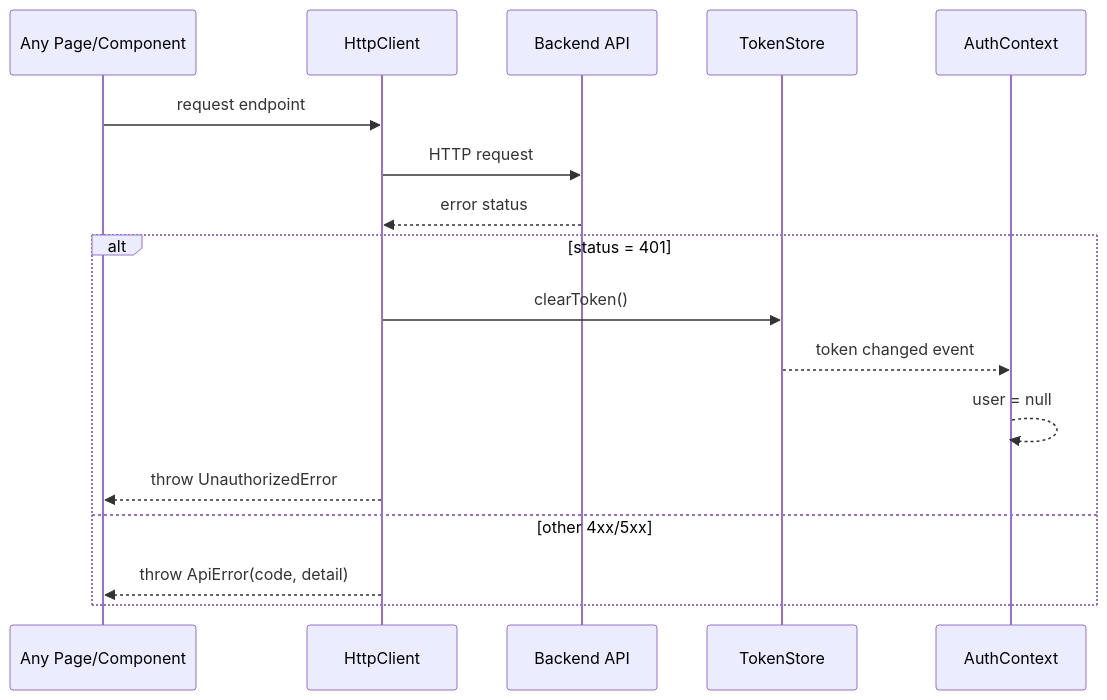
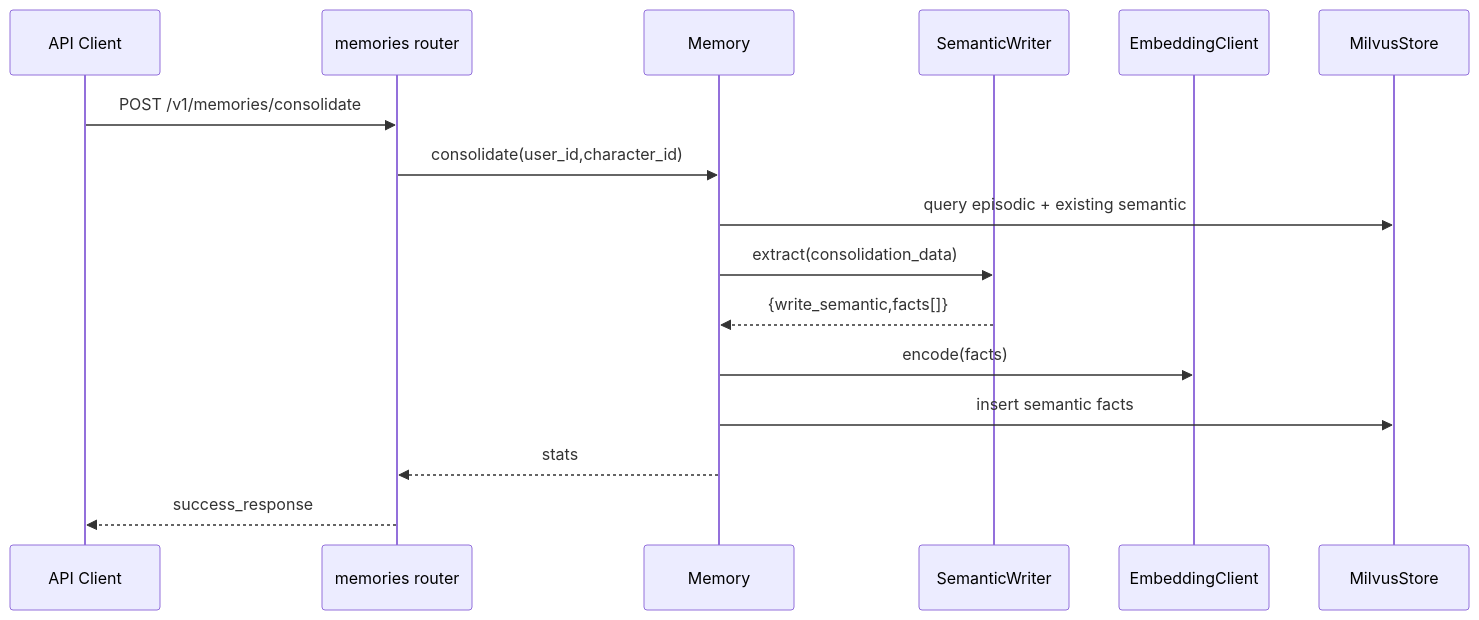
Diagram 12 of 13 in .agent/project.md (ChasePassion/role-playing), drawn with Mermaid before and after one commit. The commit also changed other lines of this file, not shown here.

````diff
--- a/.agent/project.md
+++ b/.agent/project.md
@@ -500,20 +602,19 @@
 ```mermaid
 sequenceDiagram
-    participant UI as Any Page/Component
-    participant HC as HttpClient
-    participant API as Backend API
-    participant TS as TokenStore
-    participant AC as AuthContext
+    participant C as API Client
+    participant MR as memories router
+    participant MEM as Memory
+    participant SW as SemanticWriter
+    participant EMB as EmbeddingClient
+    participant MIL as MilvusStore
 
-    UI->>HC: request endpoint
-    HC->>API: HTTP request
-    API-->>HC: error status
-    alt status = 401
-        HC->>TS: clearToken()
-        TS-->>AC: token changed event
-        AC-->>AC: user = null
-        HC-->>UI: throw UnauthorizedError
-    else other 4xx/5xx
-        HC-->>UI: throw ApiError(code, detail)
-    end
+    C->>MR: POST /v1/memories/consolidate
+    MR->>MEM: consolidate(user_id,character_id)
+    MEM->>MIL: query episodic + existing semantic
+    MEM->>SW: extract(consolidation_data)
+    SW-->>MEM: {write_semantic,facts[]}
+    MEM->>EMB: encode(facts)
+    MEM->>MIL: insert semantic facts
+    MEM-->>MR: stats
+    MR-->>C: success_response
 ```
````
